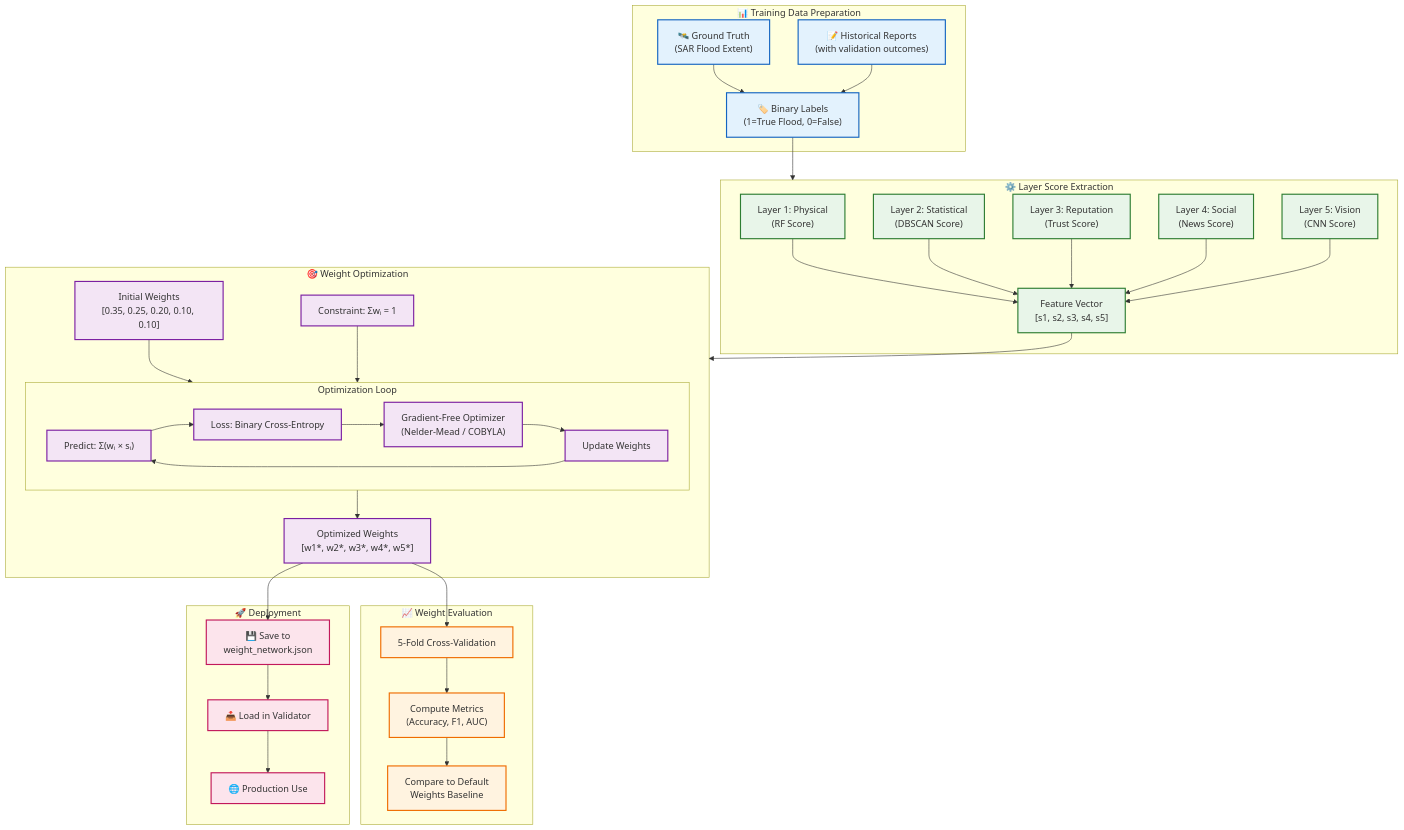
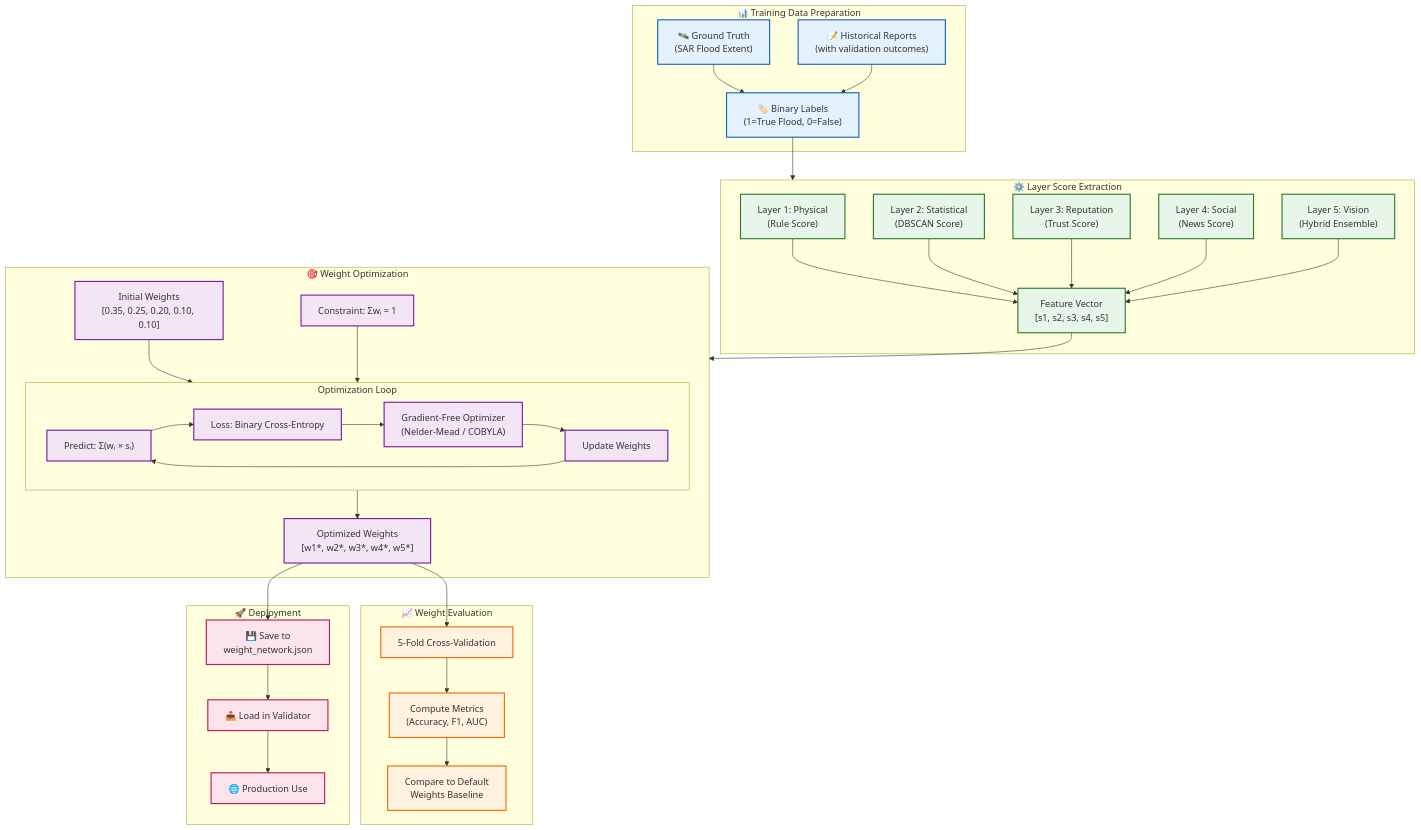
The first of 2 diagrams in results/figures/diagrams/12_validation_weight_network.md (ui07xWizardOp/odisha-flood-validation-system), drawn with Mermaid before and after one commit. The commit also changed 17 other files, not shown here.

```diff
--- a/results/figures/diagrams/12_validation_weight_network.md
+++ b/results/figures/diagrams/12_validation_weight_network.md
@@ -16,11 +16,11 @@
     end
 
     subgraph FeatureExtraction["⚙️ Layer Score Extraction"]
-        L1_FEAT["Layer 1: Physical<br/>(RF Score)"]
+        L1_FEAT["Layer 1: Physical<br/>(Rule Score)"]
         L2_FEAT["Layer 2: Statistical<br/>(DBSCAN Score)"]
         L3_FEAT["Layer 3: Reputation<br/>(Trust Score)"]
         L4_FEAT["Layer 4: Social<br/>(News Score)"]
-        L5_FEAT["Layer 5: Vision<br/>(CNN Score)"]
+        L5_FEAT["Layer 5: Vision<br/>(Hybrid Ensemble)"]
         
         FEATURE_VEC["Feature Vector<br/>[s1, s2, s3, s4, s5]"]
         
```
